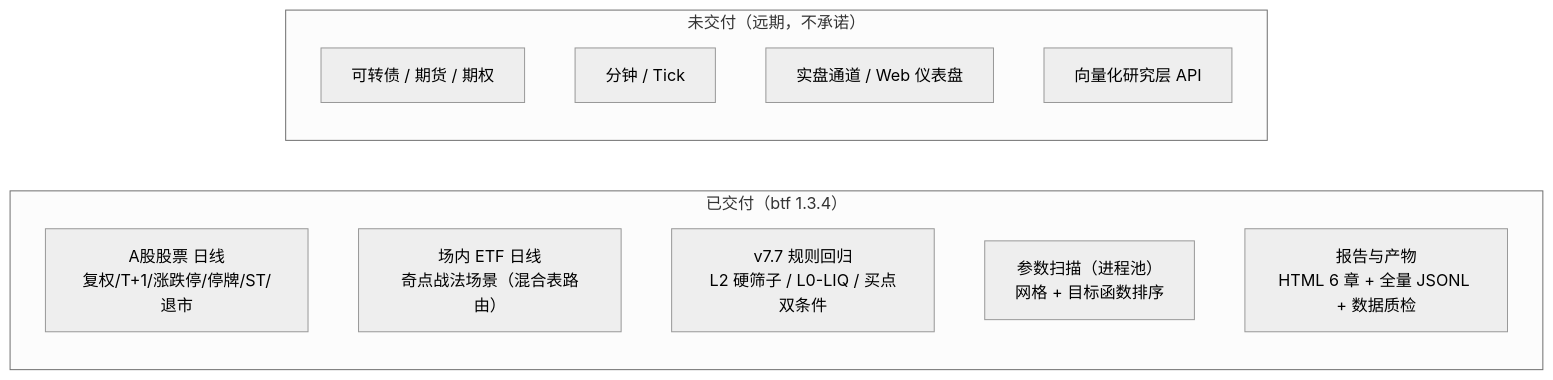
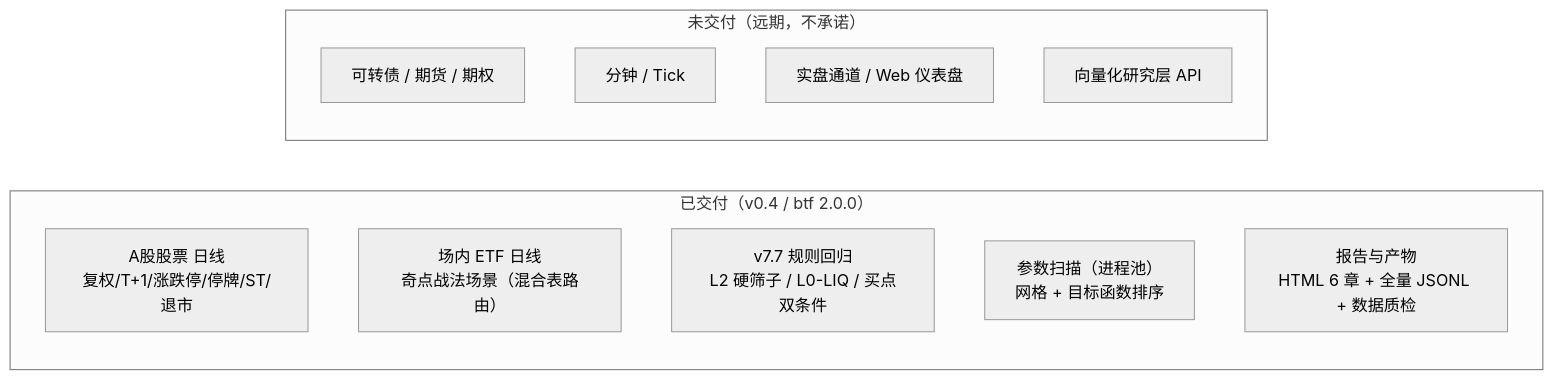
The diagram in 代码架构/回测工具架构/01-总览与定位.md (1716250001/quant-strategy-infrastructure), drawn with Mermaid (neutral theme) before and after one commit. The commit also changed other lines of this file and 22 other files, not shown here.

````diff
--- a/代码架构/回测工具架构/01-总览与定位.md
+++ b/代码架构/回测工具架构/01-总览与定位.md
@@ -130,16 +132,16 @@
 ```mermaid
 flowchart LR
-    subgraph 已交付["已交付（btf 1.3.4）"]
+    subgraph 已交付["已交付（v0.4 / btf 2.0.0）"]
         A1["A股股票 日线<br/>复权/T+1/涨跌停/停牌/ST/退市"]
         A2["场内 ETF 日线<br/>奇点战法场景（混合表路由）"]
         A3["v7.7 规则回归<br/>L2 硬筛子 / L0-LIQ / 买点双条件"]
         A4["参数扫描（进程池）<br/>网格 + 目标函数排序"]
         A5["报告与产物<br/>HTML 6 章 + 全量 JSONL + 数据质检"]
     end
     subgraph 未交付["未交付（远期，不承诺）"]
         B1["可转债 / 期货 / 期权"]
         B2["分钟 / Tick"]
         B3["实盘通道 / Web 仪表盘"]
         B4["向量化研究层 API"]
     end
 ```
````
